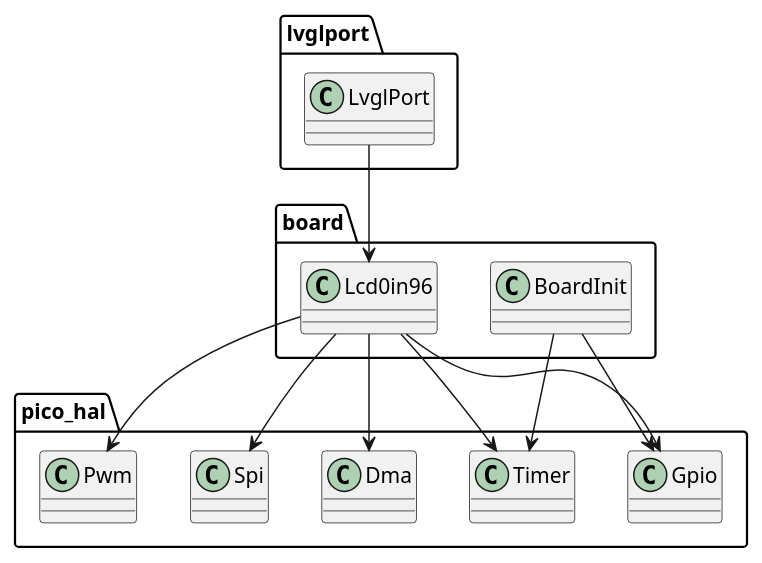
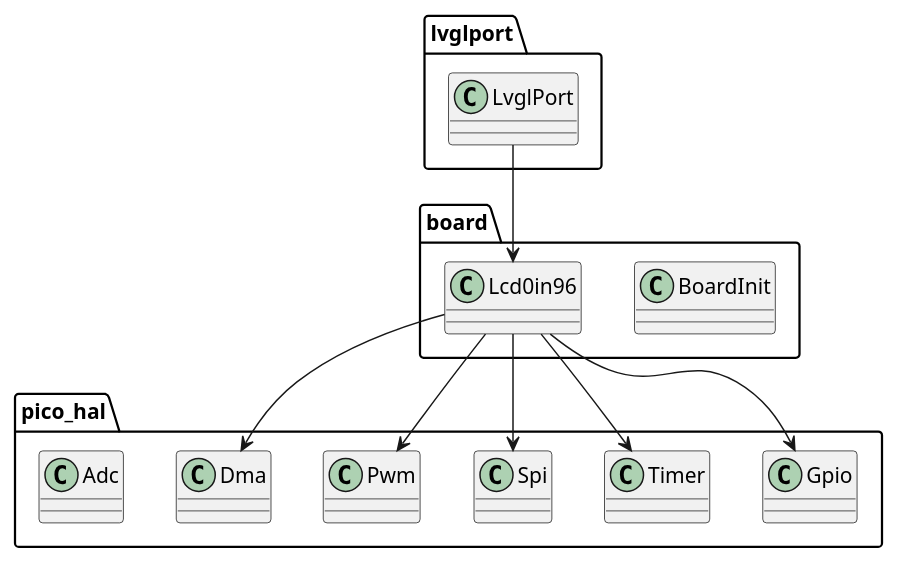
One commit to takutek/RP2_LCD0in96_LVGLBase changed the diagram in doc/Libraries.pu. Above: the diagram before and after it, drawn with PlantUML. The commit also changed 8 other files, not shown here.

```diff
--- a/doc/Libraries.pu
+++ b/doc/Libraries.pu
@@ -1,28 +1,27 @@
 @startuml Libraries
 package "pico_hal" {
   class Gpio
   class Timer
   class Spi
   class Pwm
   class Dma
+  class Adc
 }
 
 package "board" {
   class BoardInit
   class Lcd0in96
 }
 
 package "lvglport" {
   class LvglPort
 }
 
-BoardInit --> Gpio
-BoardInit --> Timer
 Lcd0in96 --> Gpio
 Lcd0in96 --> Timer
 Lcd0in96 --> Spi
 Lcd0in96 --> Pwm
 Lcd0in96 --> Dma
 
 LvglPort --> Lcd0in96
 @enduml
```
